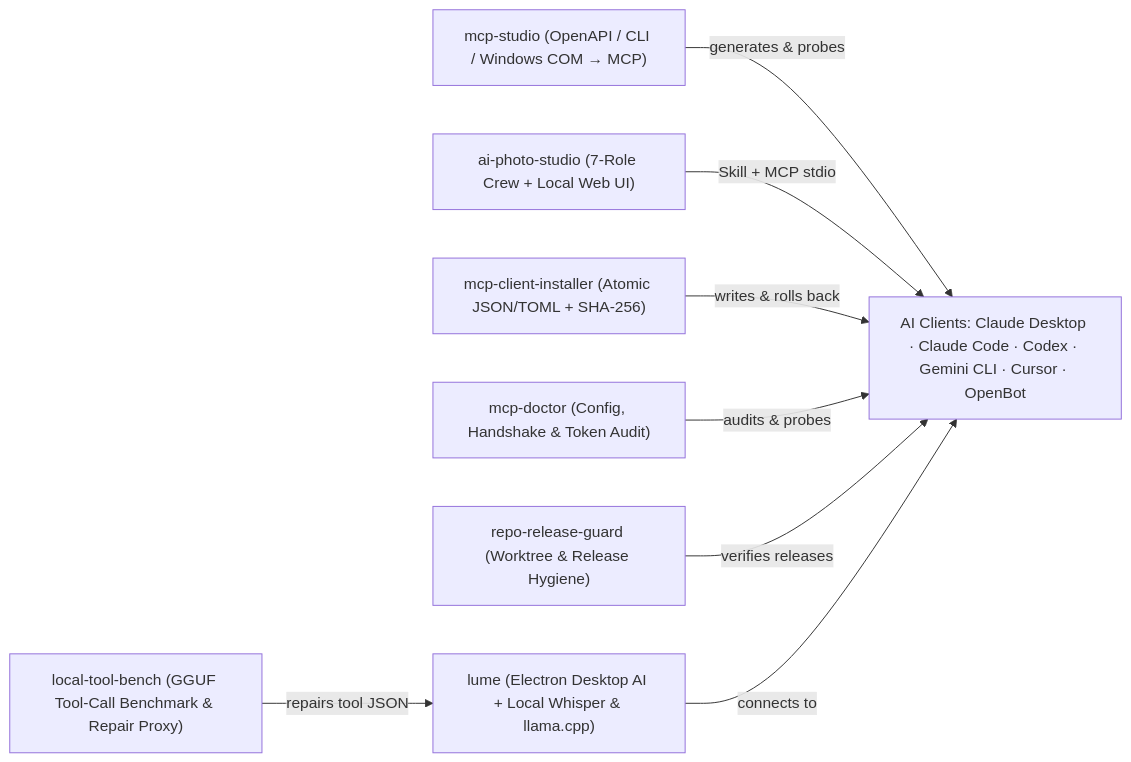
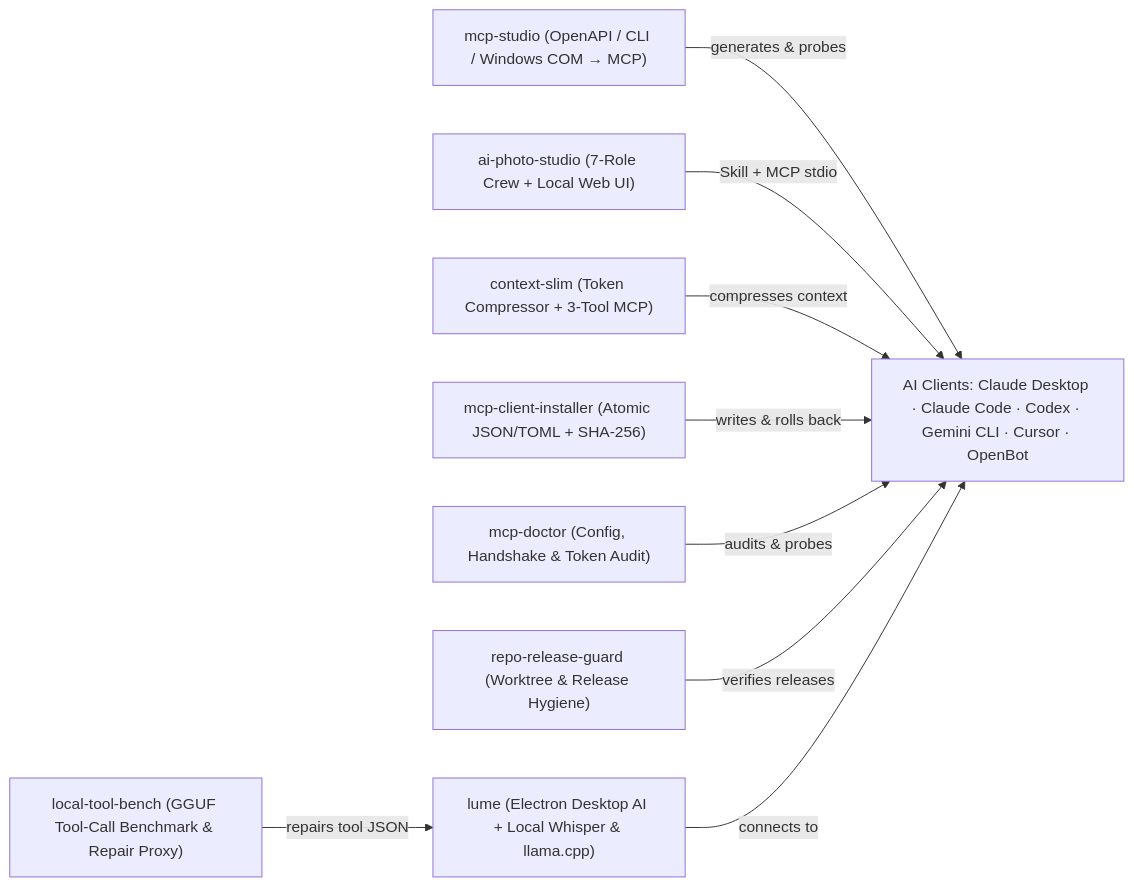
One commit to deusbr/deusbr changed the diagram in README.md. Above: the diagram before and after it, drawn with Mermaid. The commit also changed other lines of this file, not shown here.

Commit message:
docs: add context-slim to flagship suite and ecosystem diagram

````diff
--- a/README.md
+++ b/README.md
@@ -64,19 +65,21 @@
 ```mermaid
 flowchart LR
   Clients["AI Clients: Claude Desktop · Claude Code · Codex · Gemini CLI · Cursor · OpenBot"]
   McpStudio["mcp-studio (OpenAPI / CLI / Windows COM → MCP)"]
   PhotoStudio["ai-photo-studio (7-Role Crew + Local Web UI)"]
+  ContextSlim["context-slim (Token Compressor + 3-Tool MCP)"]
   Installer["mcp-client-installer (Atomic JSON/TOML + SHA-256)"]
   Doctor["mcp-doctor (Config, Handshake & Token Audit)"]
   Guard["repo-release-guard (Worktree & Release Hygiene)"]
   Lume["lume (Electron Desktop AI + Local Whisper & llama.cpp)"]
   Bench["local-tool-bench (GGUF Tool-Call Benchmark & Repair Proxy)"]
 
   McpStudio -->|"generates & probes"| Clients
   PhotoStudio -->|"Skill + MCP stdio"| Clients
+  ContextSlim -->|"compresses context"| Clients
   Installer -->|"writes & rolls back"| Clients
   Doctor -->|"audits & probes"| Clients
   Guard -->|"verifies releases"| Clients
   Lume -->|"connects to"| Clients
   Bench -->|"repairs tool JSON"| Lume
 ```
````
